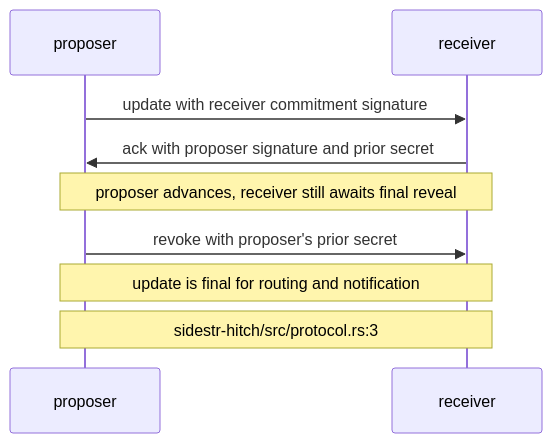
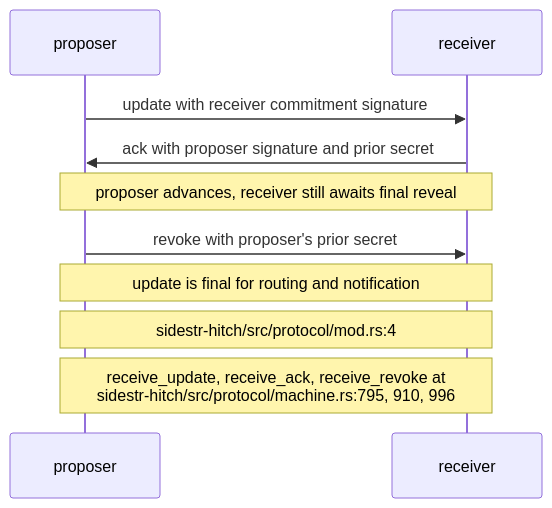
The second of 5 diagrams in docs/diagrams/sidestr-rs/04-hitch-channel-kernel-and-host-gap.md (DreamLab-AI/VisionFlow), drawn with Mermaid before and after one commit. The commit also changed other lines of this file and 94 other files, not shown here.

First line of the commit message:
docs(diagrams): re-verify 130 topics against 2 October HEADs

````diff
--- a/docs/diagrams/sidestr-rs/04-hitch-channel-kernel-and-host-gap.md
+++ b/docs/diagrams/sidestr-rs/04-hitch-channel-kernel-and-host-gap.md
@@ -53,11 +63,12 @@
 ```mermaid
 sequenceDiagram
     participant P as proposer
     participant R as receiver
     P->>R: update with receiver commitment signature
     R->>P: ack with proposer signature and prior secret
     Note over P,R: proposer advances, receiver still awaits final reveal
     P->>R: revoke with proposer's prior secret
     Note over P,R: update is final for routing and notification
-    Note over P,R: sidestr-hitch/src/protocol.rs:3
+    Note over P,R: sidestr-hitch/src/protocol/mod.rs:4
+    Note over P,R: receive_update, receive_ack, receive_revoke at<br/>sidestr-hitch/src/protocol/machine.rs:795, 910, 996
 ```
````
